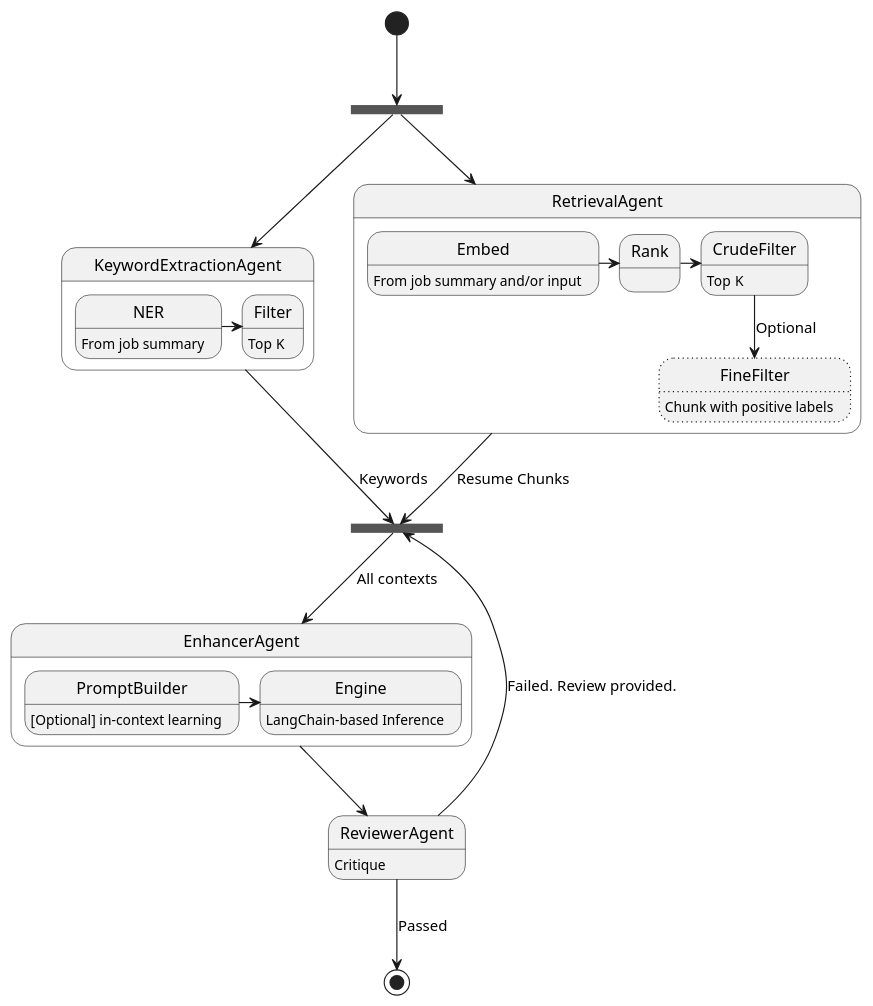
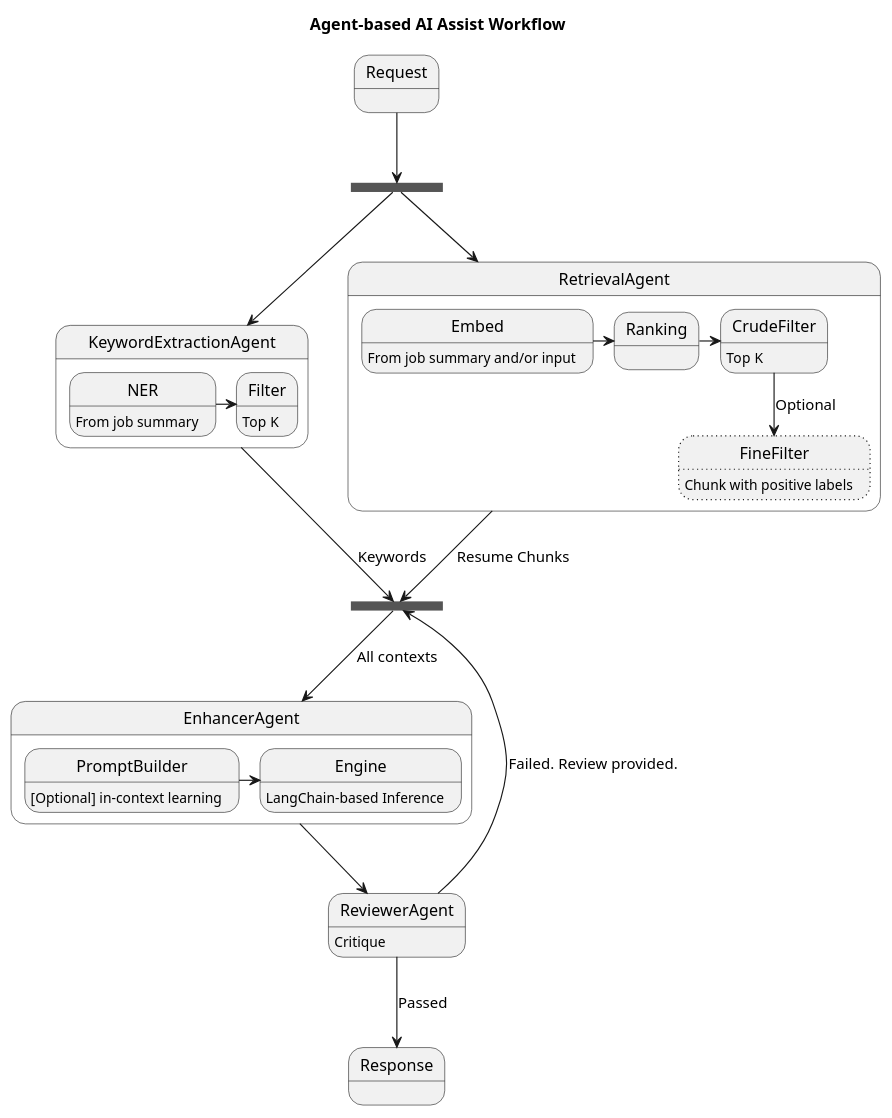
Before and after one commit to Criss-Wang/ResumeAssist: the diagram in backend/docs/ai_assist_sequence.md, drawn with PlantUML. The commit also changed 7 other files, not shown here.

Commit message:
update flow diagrams

```diff
--- a/backend/docs/ai_assist_sequence.md
+++ b/backend/docs/ai_assist_sequence.md
@@ -1,57 +1,64 @@
 @startuml
+title
+ Agent-based AI Assist Workflow
+end title
+
+state Request {
+}
+
 state fork_state <<fork>>
 state KeywordExtractionAgent {
     state NER {
     }
     state Filter {
     }
 }
 NER -> Filter
 NER: From job summary
 Filter: Top K
-[*] --> fork_state
+Request --> fork_state
 
 state RetrievalAgent{
     state Embed {
     }
-    state Rank {
+    state Ranking {
     }
     state CrudeFilter {
     }
     state FineFilter ##[dotted]{
     }
 }
-Embed -> Rank
-Rank -> CrudeFilter
+Embed -> Ranking
+Ranking -> CrudeFilter
 CrudeFilter --> FineFilter: Optional
 
 Embed: From job summary and/or input
 CrudeFilter: Top K
 FineFilter: Chunk with positive labels
 
 
 fork_state --> KeywordExtractionAgent
 fork_state --> RetrievalAgent
 
 
 state join_state <<join>>
 KeywordExtractionAgent --> join_state: Keywords
 RetrievalAgent --> join_state: Resume Chunks
 
 state EnhancerAgent {
     state PromptBuilder {
     }
     state Engine {
     }
 }
 state ReviewerAgent {
 }
 ReviewerAgent: Critique
 PromptBuilder -> Engine
 PromptBuilder: [Optional] in-context learning
 Engine: LangChain-based Inference
 join_state --> EnhancerAgent: All contexts
 EnhancerAgent --> ReviewerAgent
 ReviewerAgent --> join_state: Failed. Review provided.
-ReviewerAgent --> [*]: Passed
+ReviewerAgent --> Response: Passed
 @enduml
```
